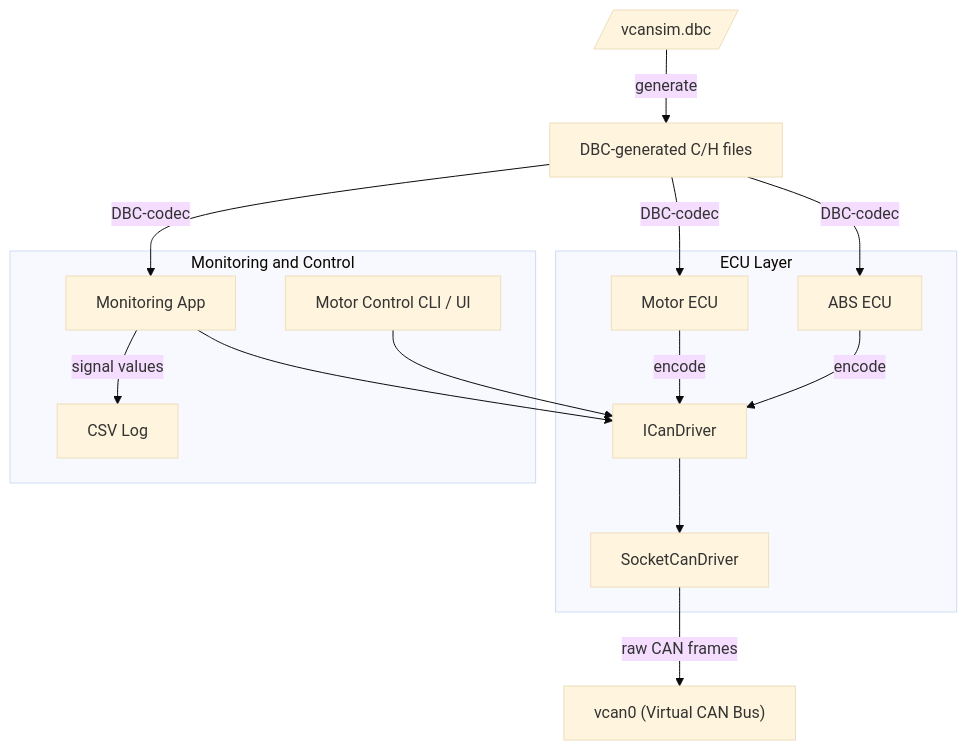
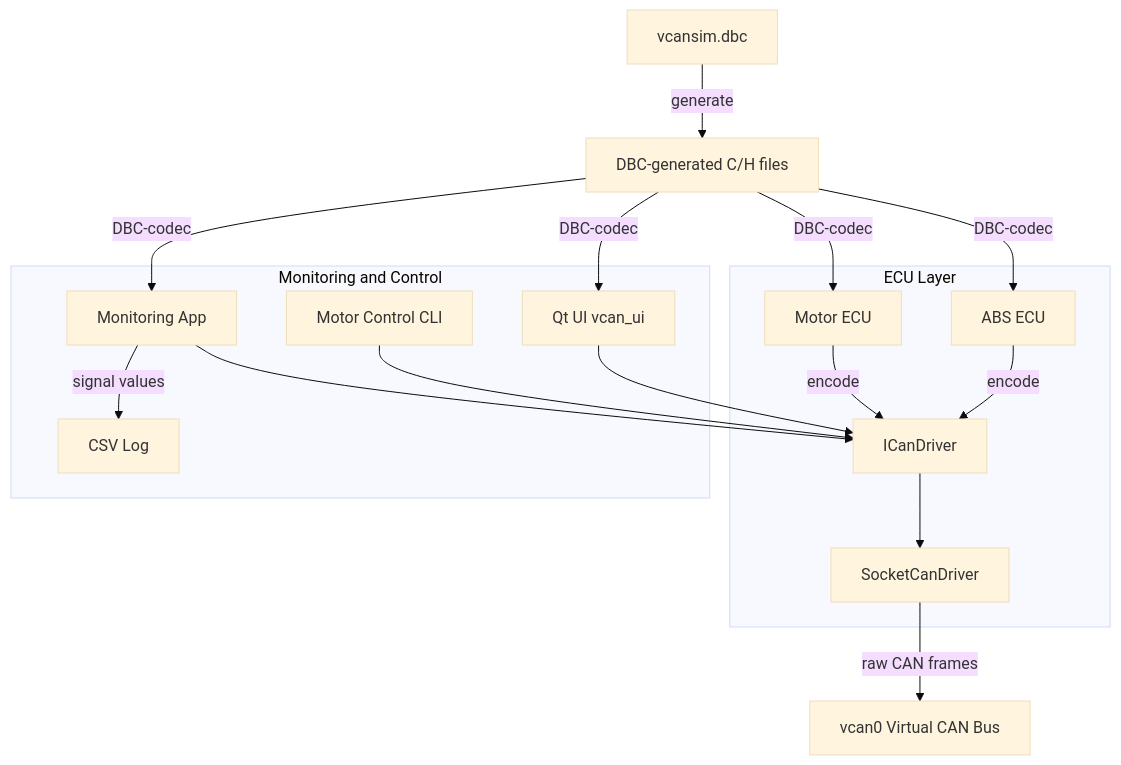
One commit to brahimab8/vcan-sim changed the diagram in README.md. Above: the diagram before and after it, drawn with Mermaid (base theme). The commit also changed other lines of this file, not shown here.

Commit message:
docs: update README with corrected build instructions, features, and architecture diagram

````diff
--- a/README.md
+++ b/README.md
@@ -29,33 +30,36 @@
 ```mermaid
 graph TD
     subgraph ECUs[ECU Layer]
-        MOTOR["Motor ECU"]
-        ABS["ABS ECU"]
+        MOTOR[Motor ECU]
+        ABS[ABS ECU]
         IFACE[ICanDriver]
         DRV[SocketCanDriver]
     end
 
-    VCAN["vcan0 (Virtual CAN Bus)"]
-    DBC[/vcansim.dbc/]
-    GEN["DBC-generated C/H files"]
+    VCAN[vcan0 Virtual CAN Bus]
+    DBC[vcansim.dbc]
+    GEN[DBC-generated C/H files]
 
     subgraph APPS[Monitoring and Control]
-        MONAPP["Monitoring App"]
-        MOTOR_CTRL["Motor Control CLI / UI"]
+        MONAPP[Monitoring App]
+        MOTOR_CTRL[Motor Control CLI]
+        UI[Qt UI vcan_ui]
         CSV[CSV Log]
     end
 
     MOTOR -->|encode| IFACE
     ABS -->|encode| IFACE
     IFACE --> DRV
     DRV -->|raw CAN frames| VCAN
 
     MONAPP --> IFACE
     MOTOR_CTRL --> IFACE
+    UI --> IFACE
 
     DBC -->|generate| GEN
     GEN -->|DBC-codec| MOTOR
     GEN -->|DBC-codec| ABS
     GEN -->|DBC-codec| MONAPP
+    GEN -->|DBC-codec| UI
     MONAPP -->|signal values| CSV
 ```
````
